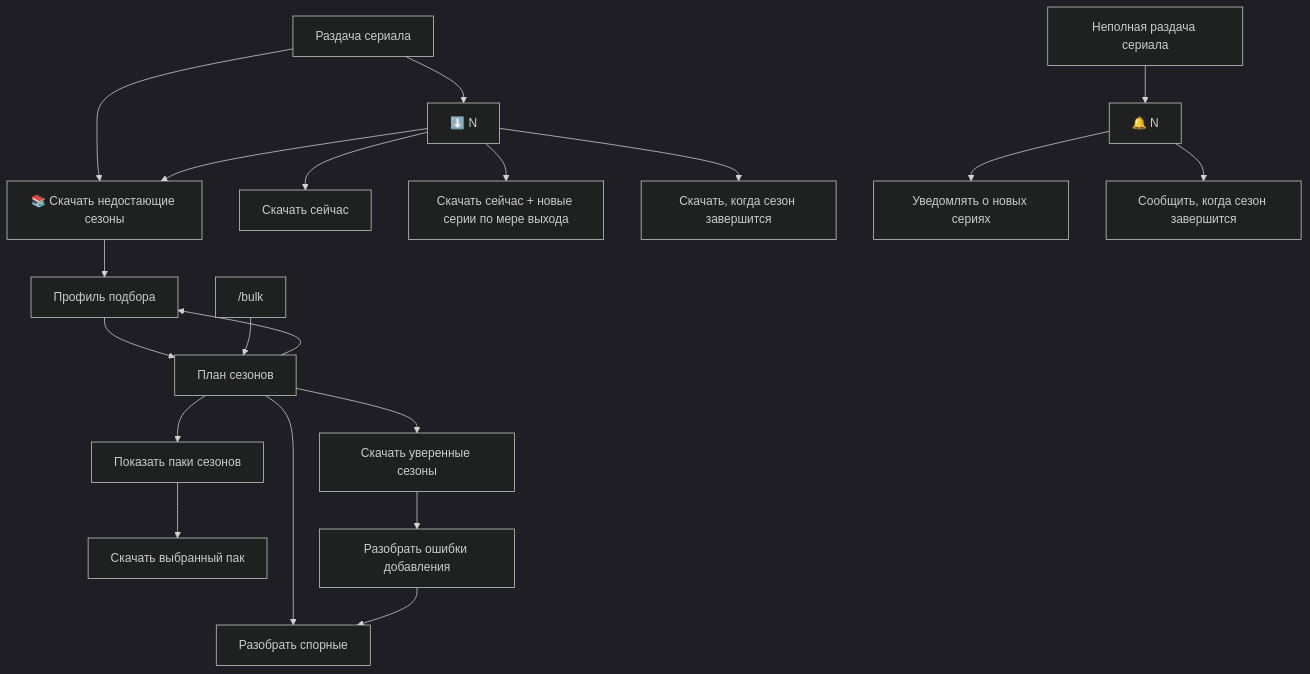
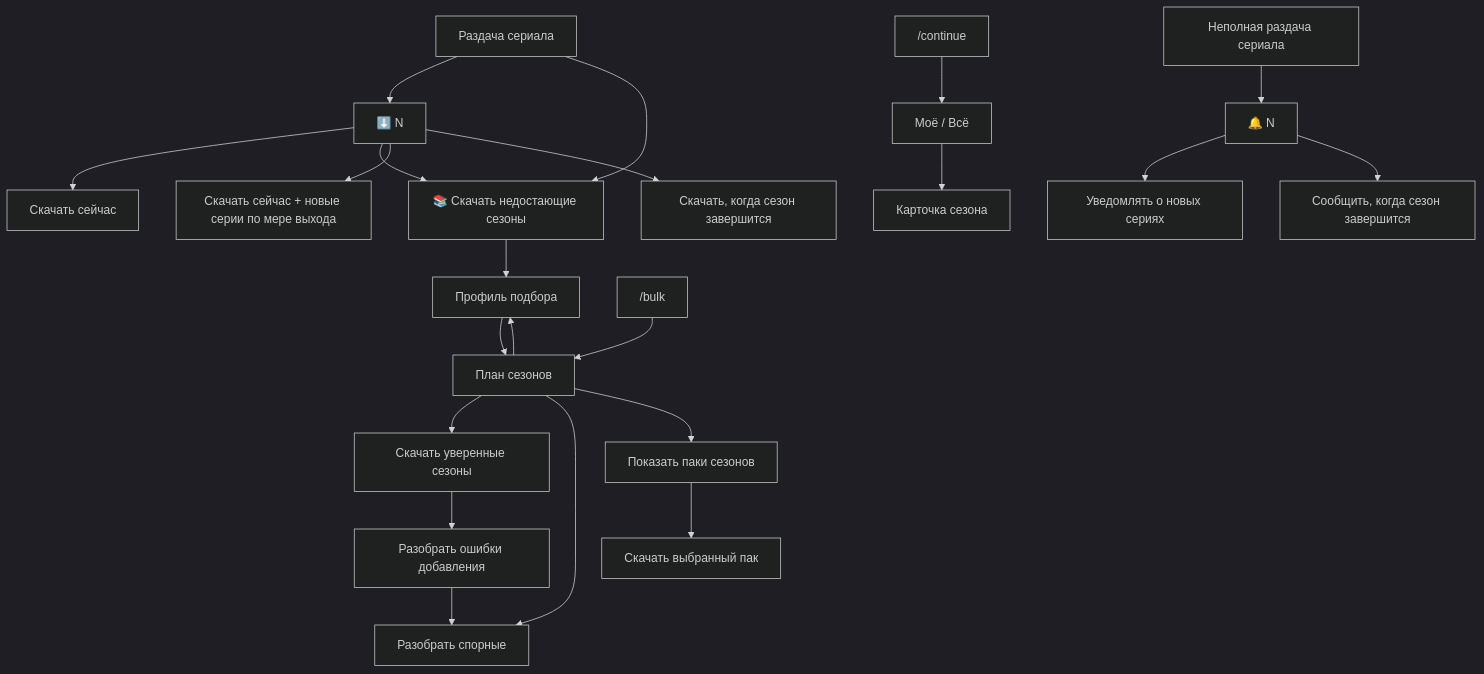
Before and after one commit to KiMorev/tg-torrent-bot: the second of 3 diagrams in README.md, drawn with Mermaid (dark theme). The commit also changed other lines of this file and 3 other files, not shown here.

````diff
--- a/README.md
+++ b/README.md
@@ -96,22 +98,24 @@
 ```mermaid
 flowchart TD
     result["Раздача сериала"] --> download["⬇️ N"]
     result --> bulk["📚 Скачать недостающие сезоны"]
     partial["Неполная раздача сериала"] --> notify["🔔 N"]
     download --> now["Скачать сейчас"]
     download --> bulk
+    continue["/continue"] --> continue_list["Моё / Всё"]
+    continue_list --> continue_detail["Карточка сезона"]
     bulk --> profile["Профиль подбора"]
     profile --> plan["План сезонов"]
     saved["/bulk"] --> plan
     plan --> profile
     plan --> confident["Скачать уверенные сезоны"]
     plan --> review["Разобрать спорные"]
     plan --> packs["Показать паки сезонов"]
     packs --> pack_download["Скачать выбранный пак"]
     confident --> retry["Разобрать ошибки добавления"]
     retry --> review
     download --> now_updates["Скачать сейчас + новые серии по мере выхода"]
     download --> wait_full["Скачать, когда сезон завершится"]
     notify --> each["Уведомлять о новых сериях"]
     notify --> final["Сообщить, когда сезон завершится"]
 ```
````
